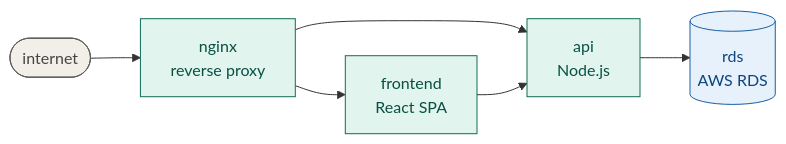
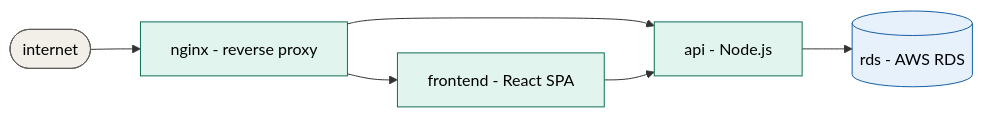
The diagram in docs/troubleshooting-scenario.md (mgt-tool/mgtt), drawn with Mermaid before and after one commit. The commit also changed 7 other files, not shown here.

````diff
--- a/docs/troubleshooting-scenario.md
+++ b/docs/troubleshooting-scenario.md
@@ -9,14 +9,14 @@
 ```mermaid
 graph LR
   internet([internet]) --> nginx
-  nginx[nginx\nreverse proxy] --> frontend
+  nginx[nginx - reverse proxy] --> frontend
   nginx --> api
-  frontend[frontend\nReact SPA] --> api
-  api[api\nNode.js] --> rds[(rds\nAWS RDS)]
+  frontend[frontend - React SPA] --> api
+  api[api - Node.js] --> rds[(rds - AWS RDS)]
 
-  style nginx     fill:#E1F5EE,stroke:#0F6E56,color:#085041
-  style frontend  fill:#E1F5EE,stroke:#0F6E56,color:#085041
-  style api       fill:#E1F5EE,stroke:#0F6E56,color:#085041
-  style rds       fill:#E6F1FB,stroke:#185FA5,color:#0C447C
-  style internet  fill:#F1EFE8,stroke:#5F5E5A,color:#444441
+  style nginx     fill:#E1F5EE,stroke:#0F6E56,color:#000
+  style frontend  fill:#E1F5EE,stroke:#0F6E56,color:#000
+  style api       fill:#E1F5EE,stroke:#0F6E56,color:#000
+  style rds       fill:#E6F1FB,stroke:#185FA5,color:#000
+  style internet  fill:#F1EFE8,stroke:#5F5E5A,color:#000
 ```
````
